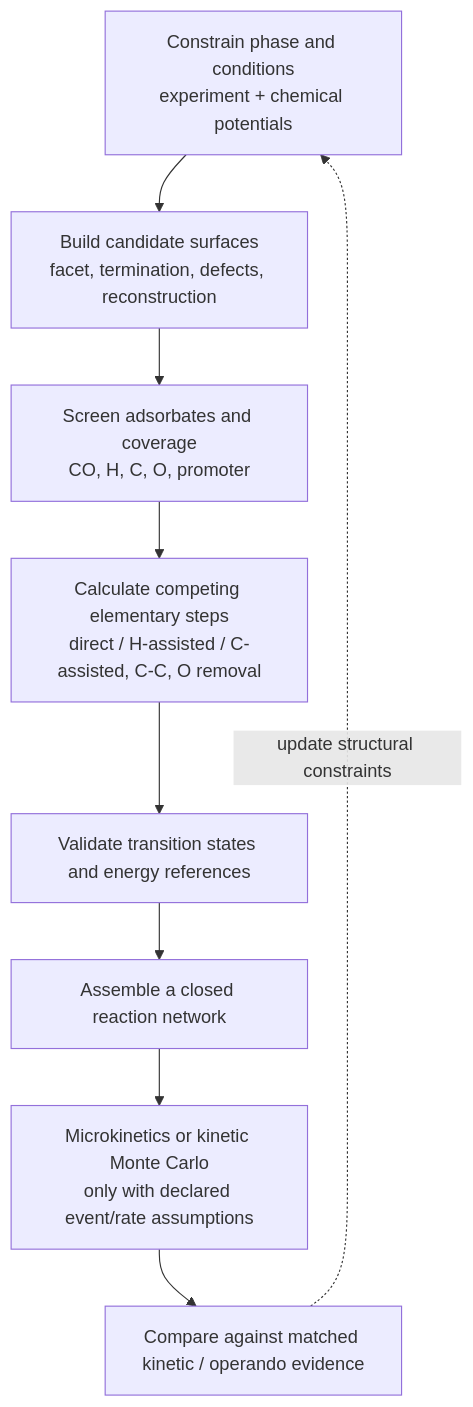
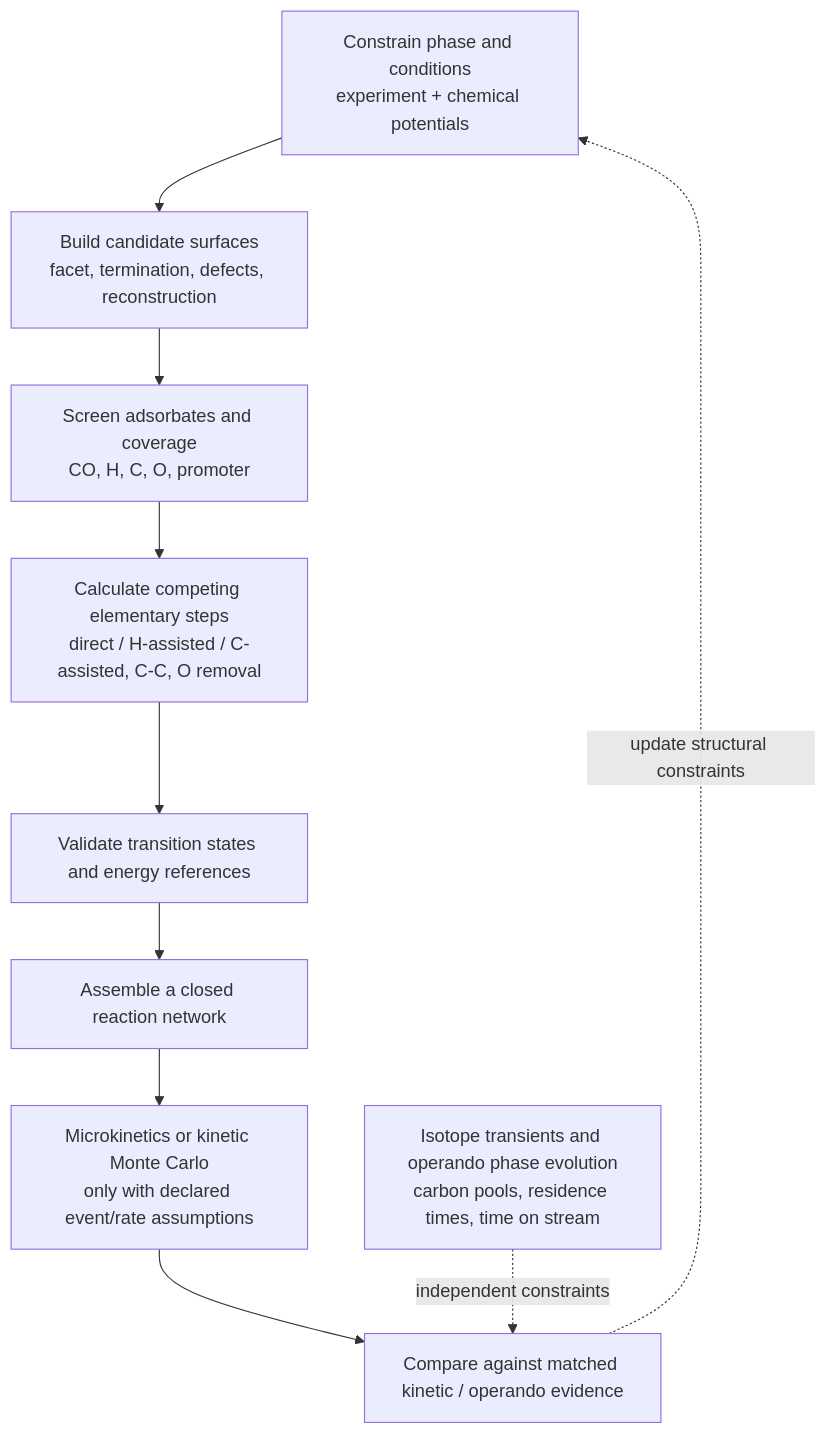
Before and after one commit to q2214299493/sbq123: the third of 4 diagrams in skills/catalysis-data-retrieval/references/iron-fts-computational-methodology.md, drawn with Mermaid. The commit also changed other lines of this file, not shown here.

````diff
--- a/skills/catalysis-data-retrieval/references/iron-fts-computational-methodology.md
+++ b/skills/catalysis-data-retrieval/references/iron-fts-computational-methodology.md
@@ -174,11 +194,12 @@
 ```mermaid
 flowchart TD
     A[Constrain phase and conditions<br/>experiment + chemical potentials] --> B[Build candidate surfaces<br/>facet, termination, defects, reconstruction]
     B --> C[Screen adsorbates and coverage<br/>CO, H, C, O, promoter]
     C --> D[Calculate competing elementary steps<br/>direct / H-assisted / C-assisted, C-C, O removal]
     D --> E[Validate transition states and energy references]
     E --> F[Assemble a closed reaction network]
     F --> G[Microkinetics or kinetic Monte Carlo<br/>only with declared event/rate assumptions]
     G --> H[Compare against matched kinetic / operando evidence]
     H -. update structural constraints .-> A
+    I[Isotope transients and operando phase evolution<br/>carbon pools, residence times, time on stream] -. independent constraints .-> H
 ```
````
